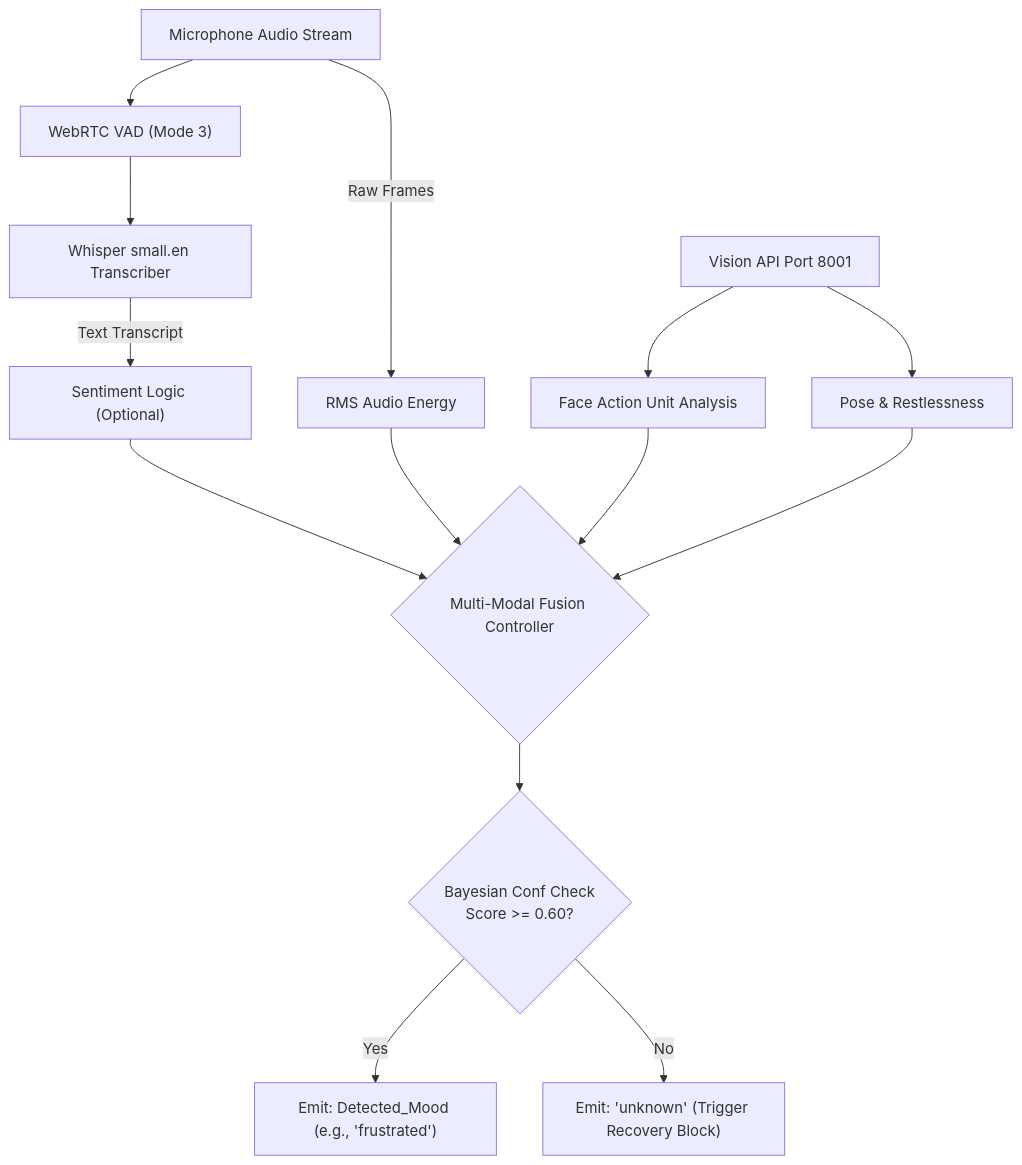
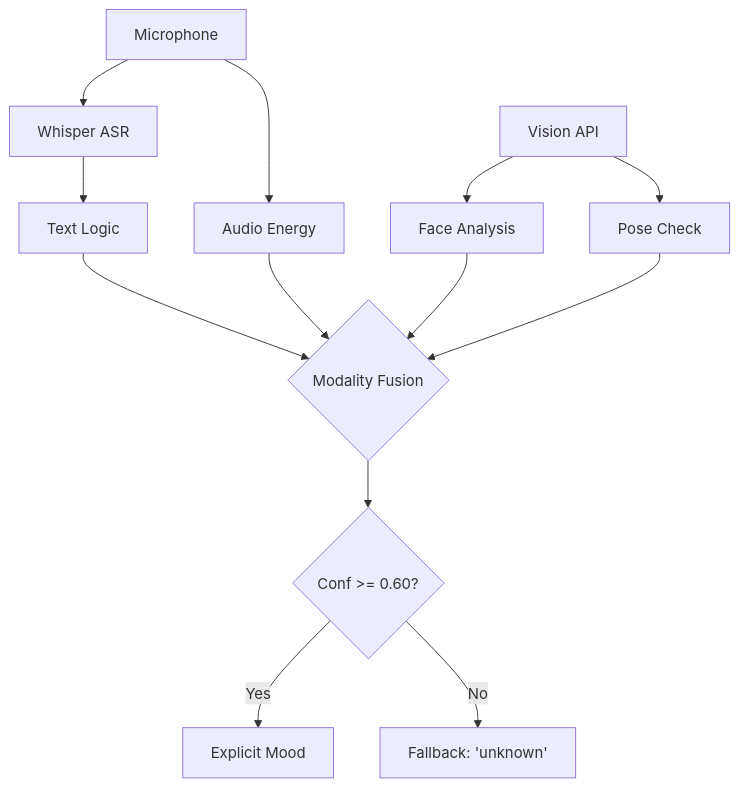
The seventh of 10 diagrams in ARCHITECTURE.md (deepanmpc/LaRa), drawn with Mermaid before and after one commit. The commit also changed other lines of this file, not shown here.

Commit message:
docs: refactor architecture diagrams for 2-column research paper optimization

````diff
--- a/ARCHITECTURE.md
+++ b/ARCHITECTURE.md
@@ -170,21 +144,18 @@
 ```mermaid
 graph TD
-    Mic["Microphone Audio Stream"] --> VAD["WebRTC VAD (Mode 3)"]
-    VAD --> Whisper["Whisper small.en Transcriber"]
+    Mic["Microphone"] --> Whisper["Whisper ASR"]
+    Whisper --> NLP["Text Logic"]
+    Mic --> RMS["Audio Energy"]
     
-    Whisper --> |"Text Transcript"| NLP["Sentiment Logic (Optional)"]
-    Mic --> |"Raw Frames"| RMS["RMS Audio Energy"]
+    Cam["Vision API"] --> FACS["Face Analysis"]
+    Cam --> Pose["Pose Check"]
     
-    Cam["Vision API Port 8001"] --> FACS["Face Action Unit Analysis"]
-    Cam --> Pose["Pose & Restlessness"]
-    
-    NLP --> Fusion{"Multi-Modal Fusion Controller"}
+    NLP --> Fusion{"Modality Fusion"}
     RMS --> Fusion
     FACS --> Fusion
     Pose --> Fusion
     
-    Fusion --> Bayesian{"Bayesian Conf Check
-    Score >= 0.60?"}
-    Bayesian --> |"Yes"| MoodEmit["Emit: Detected_Mood (e.g., 'frustrated')"]
-    Bayesian --> |"No"| Reg["Emit: 'unknown' (Trigger Recovery Block)"]
+    Fusion --> Bayesian{"Conf >= 0.60?"}
+    Bayesian --> |"Yes"| Emit["Explicit Mood"]
+    Bayesian --> |"No"| Reg["Fallback: 'unknown'"]
 ```
````
